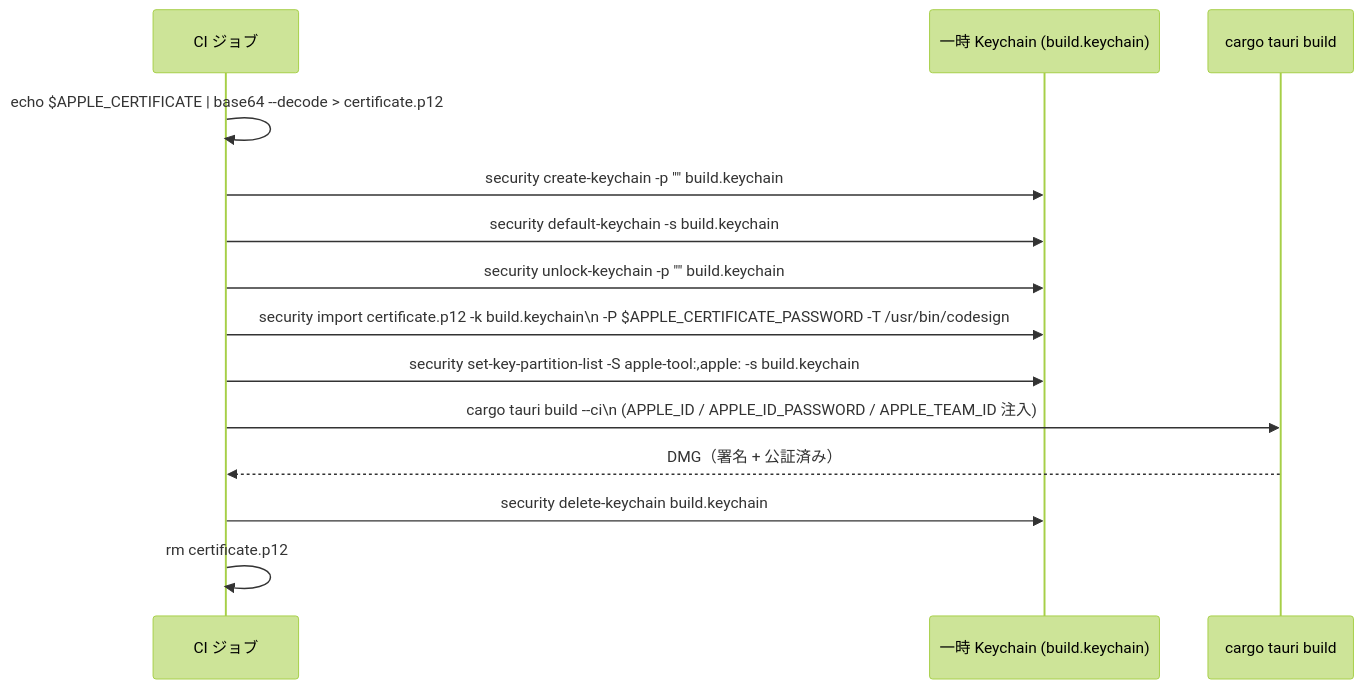
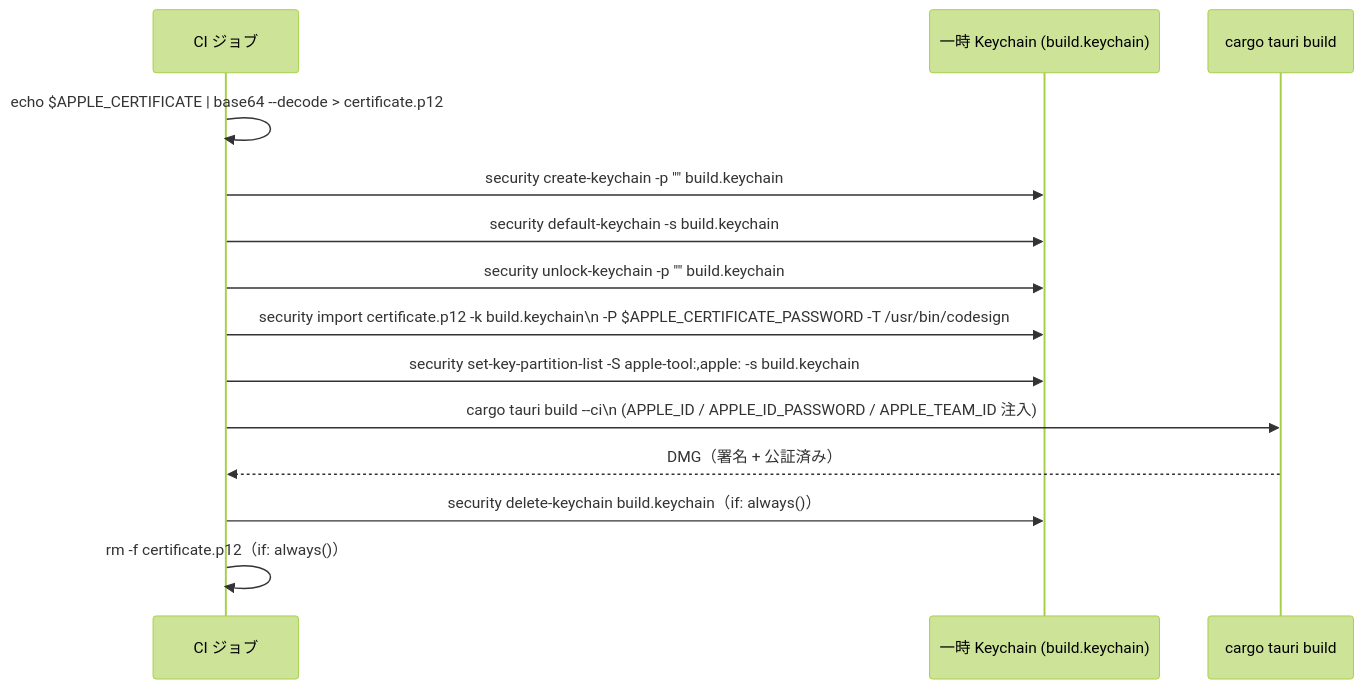
The second of 6 diagrams in docs/features/shikomi-gui/build-ci/detailed-design.md (shikomi-dev/shikomi), drawn with Mermaid (forest theme) before and after one commit. The commit also changed other lines of this file and 2 other files, not shown here.

First line of the commit message:
docs(build-ci): 設計レビュー指摘10件を全件修正（Issue #98）

````diff
--- a/docs/features/shikomi-gui/build-ci/detailed-design.md
+++ b/docs/features/shikomi-gui/build-ci/detailed-design.md
@@ -158,17 +148,17 @@
 ```mermaid
 sequenceDiagram
     participant CI as CI ジョブ
     participant KChain as 一時 Keychain (build.keychain)
     participant Tauri as cargo tauri build
 
     CI->>CI: echo $APPLE_CERTIFICATE | base64 --decode > certificate.p12
     CI->>KChain: security create-keychain -p "" build.keychain
     CI->>KChain: security default-keychain -s build.keychain
     CI->>KChain: security unlock-keychain -p "" build.keychain
     CI->>KChain: security import certificate.p12 -k build.keychain\n  -P $APPLE_CERTIFICATE_PASSWORD -T /usr/bin/codesign
     CI->>KChain: security set-key-partition-list -S apple-tool:,apple: -s build.keychain
     CI->>Tauri: cargo tauri build --ci\n  (APPLE_ID / APPLE_ID_PASSWORD / APPLE_TEAM_ID 注入)
     Tauri-->>CI: DMG（署名 + 公証済み）
-    CI->>KChain: security delete-keychain build.keychain
-    CI->>CI: rm certificate.p12
+    CI->>KChain: security delete-keychain build.keychain（if: always()）
+    CI->>CI: rm -f certificate.p12（if: always()）
 ```
````
